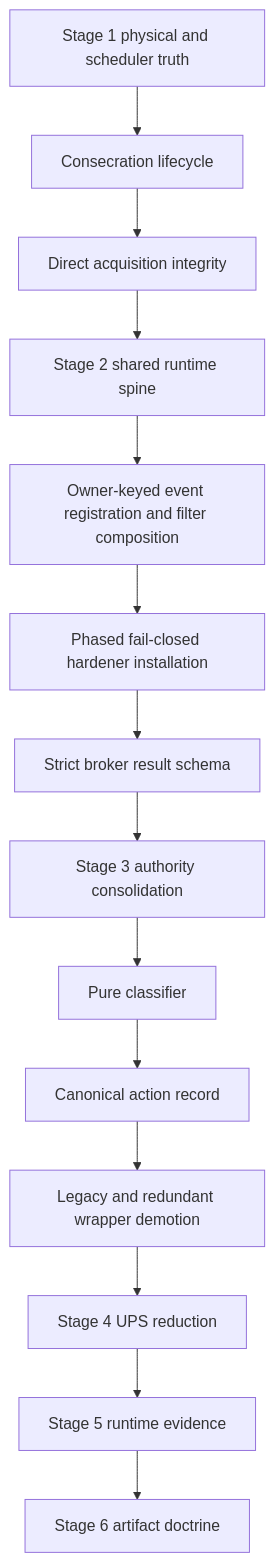
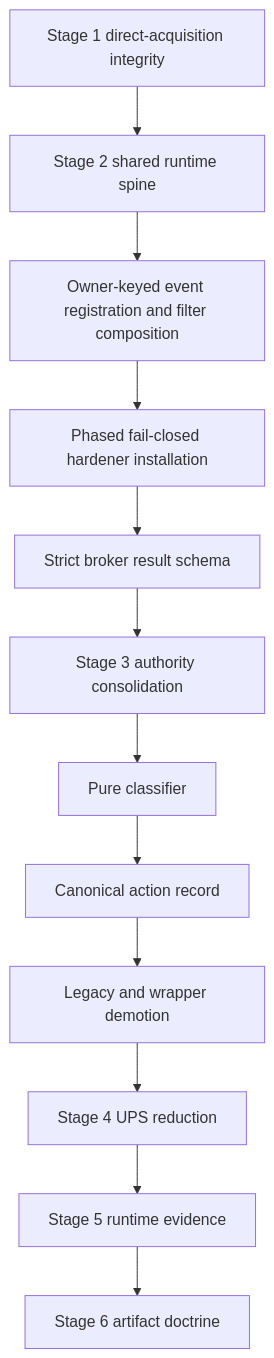
Before and after one commit to mrcalzon02/Tech-Priests: the eighth of 9 diagrams in docs/RECOVERY_AUTHORITY_MAP_CURRENT.md, drawn with Mermaid. The commit also changed other lines of this file, not shown here.

Commit message:
Map consecration lifecycle recovery

````diff
--- a/docs/RECOVERY_AUTHORITY_MAP_CURRENT.md
+++ b/docs/RECOVERY_AUTHORITY_MAP_CURRENT.md
@@ -194,21 +222,17 @@
 ```mermaid
 flowchart TD
-    S1[Stage 1 physical and scheduler truth]
-    Consecration[Consecration lifecycle]
-    Direct[Direct acquisition integrity]
+    Direct[Stage 1 direct-acquisition integrity]
     S2[Stage 2 shared runtime spine]
     Registry[Owner-keyed event registration and filter composition]
     Install[Phased fail-closed hardener installation]
     Broker[Strict broker result schema]
     S3[Stage 3 authority consolidation]
     Pure[Pure classifier]
     Action[Canonical action record]
-    Demote[Legacy and redundant wrapper demotion]
+    Demote[Legacy and wrapper demotion]
     S4[Stage 4 UPS reduction]
     S5[Stage 5 runtime evidence]
     S6[Stage 6 artifact doctrine]
 
-    S1 --> Consecration --> Direct --> S2
-    S2 --> Registry --> Install --> Broker --> S3
-    S3 --> Pure --> Action --> Demote --> S4 --> S5 --> S6
+    Direct --> S2 --> Registry --> Install --> Broker --> S3 --> Pure --> Action --> Demote --> S4 --> S5 --> S6
 ```
````
